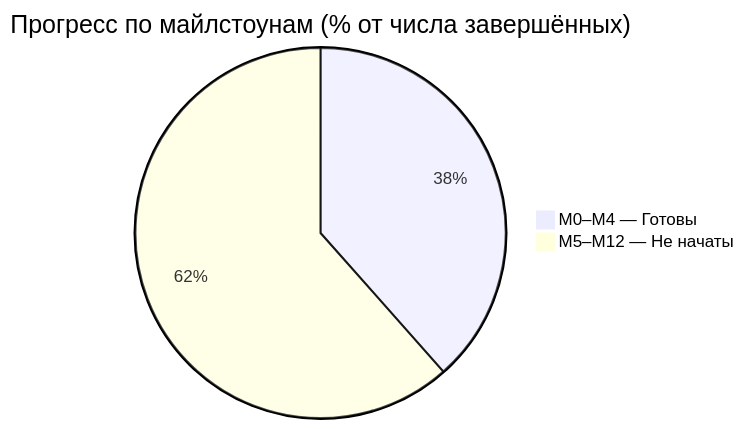
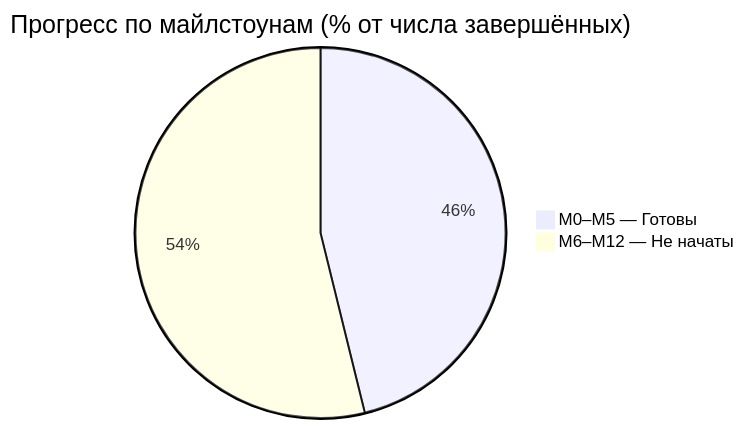
One commit to arcsymer/diplomaGame changed the diagram in Docs-Vault/00 - Dashboard.md. Above: the diagram before and after it, drawn with Mermaid. The commit also changed other lines of this file and 64 other files, not shown here.

````diff
--- a/Docs-Vault/00 - Dashboard.md
+++ b/Docs-Vault/00 - Dashboard.md
@@ -29,5 +29,5 @@
 ```mermaid
 pie title Прогресс по майлстоунам (% от числа завершённых)
-    "M0–M4 — Готовы" : 5
-    "M5–M12 — Не начаты" : 8
+    "M0–M5 — Готовы" : 6
+    "M6–M12 — Не начаты" : 7
 ```
````
